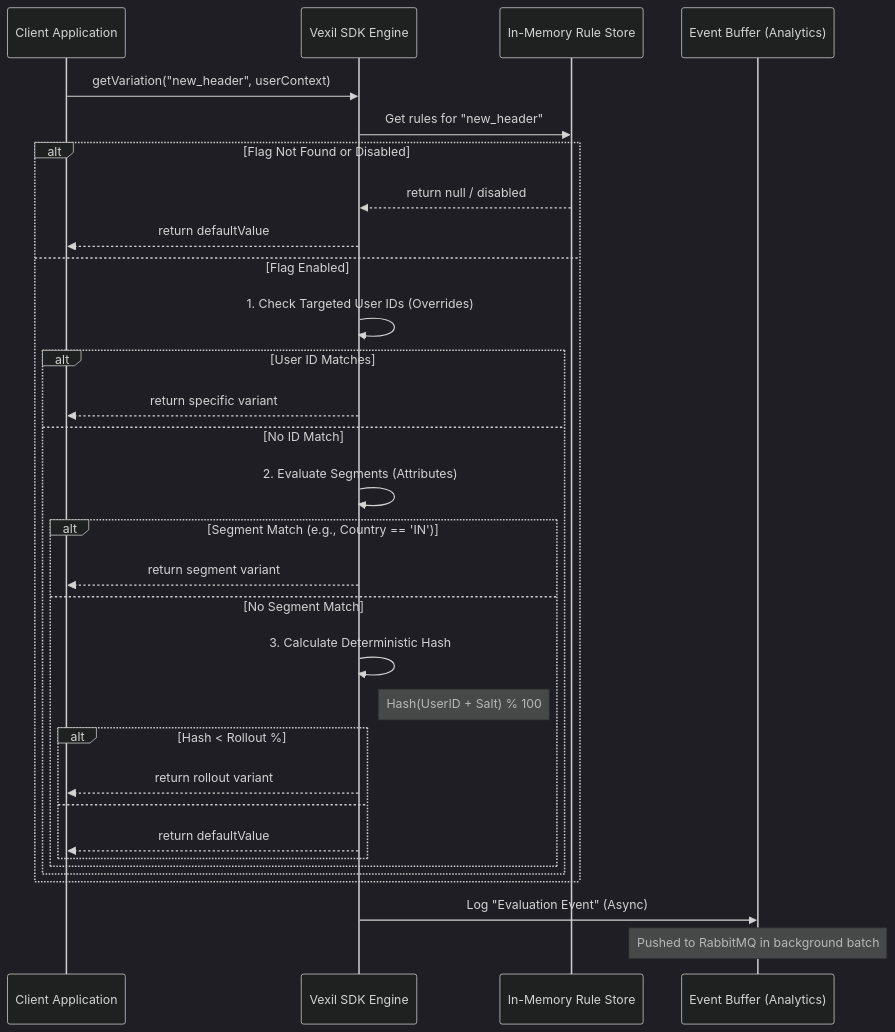
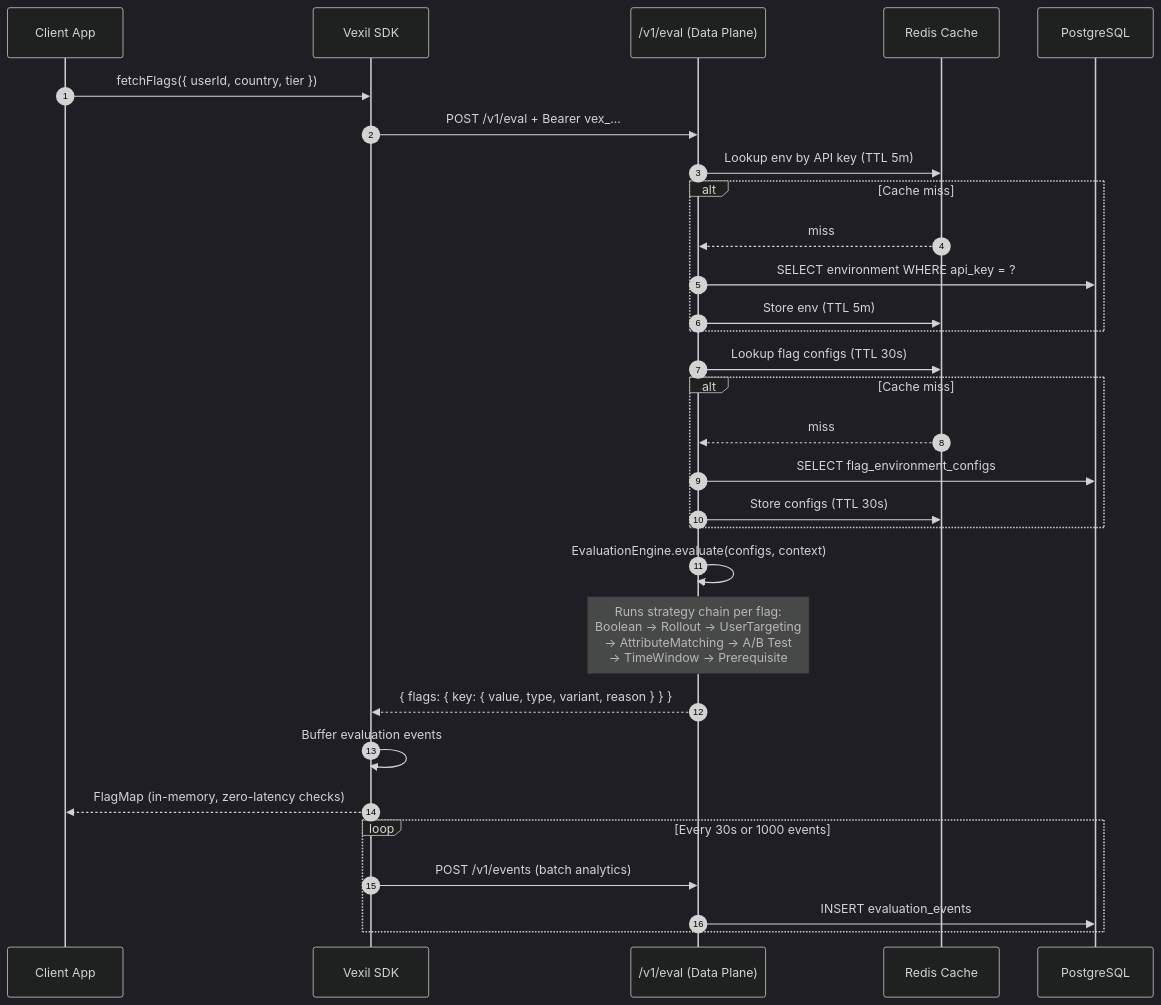
One commit to AbhishekKhot/Vexil changed the second of 5 diagrams in README.md. Above: the diagram before and after it, drawn with Mermaid (dark theme). The commit also changed other lines of this file and 131 other files, not shown here.

````diff
--- a/README.md
+++ b/README.md
@@ -251,36 +75,34 @@
 ```mermaid
 sequenceDiagram
-    participant App as Client Application
-    participant SDK as Vexil SDK Engine
-    participant Store as In-Memory Rule Store
-    participant Tracker as Event Buffer (Analytics)
+    autonumber
+    participant App as Client App
+    participant SDK as Vexil SDK
+    participant API as /v1/eval (Data Plane)
+    participant Cache as Redis Cache
+    participant DB as PostgreSQL
 
-    App->>SDK: getVariation("new_header", userContext)
-    SDK->>Store: Get rules for "new_header"
+    App->>SDK: fetchFlags({ userId, country, tier })
+    SDK->>API: POST /v1/eval + Bearer vex_...
+    API->>Cache: Lookup env by API key (TTL 5m)
+    alt Cache miss
+        Cache-->>API: miss
+        API->>DB: SELECT environment WHERE api_key = ?
+        API->>Cache: Store env (TTL 5m)
+    end
+    API->>Cache: Lookup flag configs (TTL 30s)
+    alt Cache miss
+        Cache-->>API: miss
+        API->>DB: SELECT flag_environment_configs
+        API->>Cache: Store configs (TTL 30s)
+    end
+    API->>API: EvaluationEngine.evaluate(configs, context)
+    Note over API: Runs strategy chain per flag:<br/>Boolean → Rollout → UserTargeting<br/>→ AttributeMatching → A/B Test<br/>→ TimeWindow → Prerequisite
+    API-->>SDK: { flags: { key: { value, type, variant, reason } } }
+    SDK->>SDK: Buffer evaluation events
+    SDK-->>App: FlagMap (in-memory, zero-latency checks)
 
-    alt Flag Not Found or Disabled
-        Store-->>SDK: return null / disabled
-        SDK-->>App: return defaultValue
-    else Flag Enabled
-        SDK->>SDK: 1. Check Targeted User IDs (Overrides)
-        alt User ID Matches
-            SDK-->>App: return specific variant
-        else No ID Match
-            SDK->>SDK: 2. Evaluate Segments (Attributes)
-            alt Segment Match (e.g., Country == 'IN')
-                SDK-->>App: return segment variant
-            else No Segment Match
-                SDK->>SDK: 3. Calculate Deterministic Hash
-                Note right of SDK: Hash(UserID + Salt) % 100
-                alt Hash < Rollout %
-                    SDK-->>App: return rollout variant
-                else
-                    SDK-->>App: return defaultValue
-                end
-            end
-        end
+    loop Every 30s or 1000 events
+        SDK->>API: POST /v1/events (batch analytics)
+        API->>DB: INSERT evaluation_events
     end
-
-    SDK->>Tracker: Log "Evaluation Event" (Async)
-    Note over Tracker: Pushed to RabbitMQ in background batch
 ```
````
